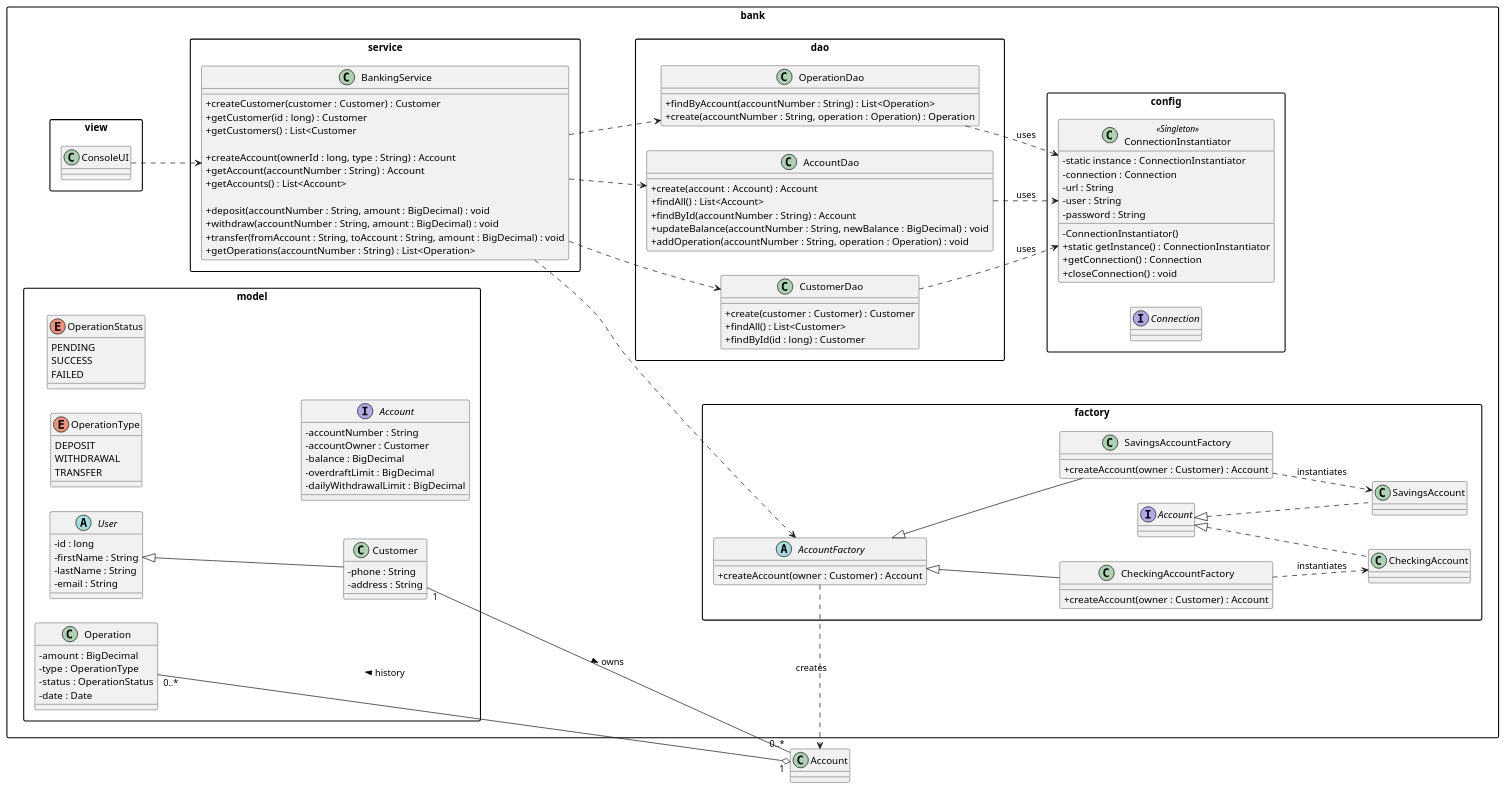
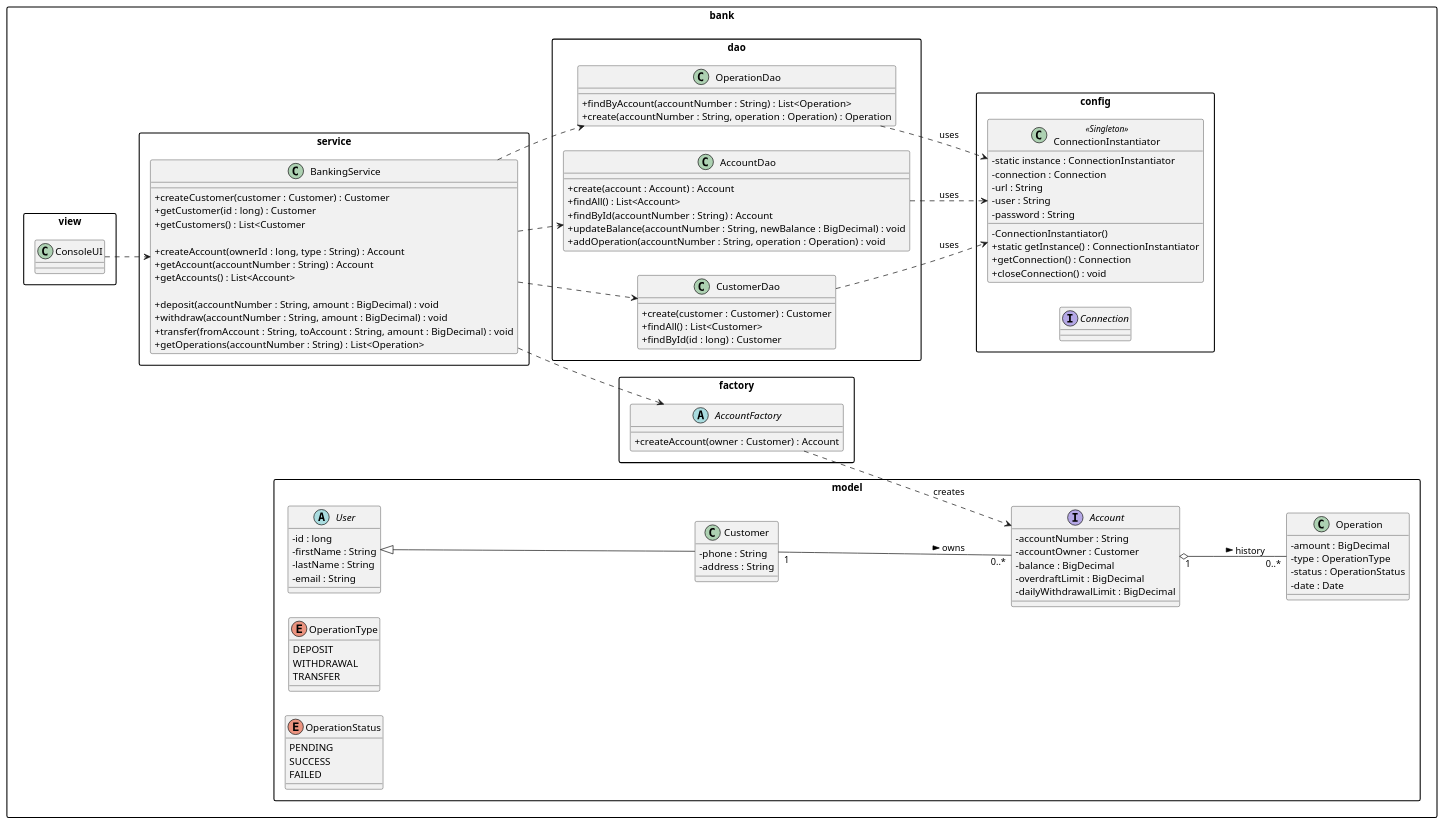
Before and after one commit to remicampistron512/tp-bank2: the diagram in uml/classes.puml, drawn with PlantUML.

Commit message:
Maj du diagramme de classes pour correspondre plus à la correction

```diff
--- a/uml/classes.puml
+++ b/uml/classes.puml
@@ -1,159 +1,148 @@
 @startuml
 left to right direction
 skinparam packageStyle rectangle
 skinparam classAttributeIconSize 0
 
 ' =========================
 ' CLEANED + CORRECTED MODEL
 ' =========================
 
 package "bank.config" {
 
   class ConnectionInstantiator <<Singleton>> {
     - static instance : ConnectionInstantiator
     - connection : Connection
     - url : String
     - user : String
     - password : String
 
     - ConnectionInstantiator()
     + static getInstance() : ConnectionInstantiator
     + getConnection() : Connection
     + closeConnection() : void
   }
 
   interface Connection
 }
 
 package "bank.factory" {
 
   abstract class AccountFactory {
     + createAccount(owner : Customer) : Account
   }
 
-  class SavingsAccountFactory extends AccountFactory {
-    + createAccount(owner : Customer) : Account
-  }
 
-  class CheckingAccountFactory extends AccountFactory {
-    + createAccount(owner : Customer) : Account
-  }
-
-  class CheckingAccount implements Account
-  class SavingsAccount implements Account
 }
 
 package "bank.dao" {
 
   class CustomerDao {
     + create(customer : Customer) : Customer
     + findAll() : List<Customer>
     + findById(id : long) : Customer
   }
 
   class AccountDao {
     + create(account : Account) : Account
     + findAll() : List<Account>
     + findById(accountNumber : String) : Account
     + updateBalance(accountNumber : String, newBalance : BigDecimal) : void
     + addOperation(accountNumber : String, operation : Operation) : void
   }
 
   class OperationDao {
     + findByAccount(accountNumber : String) : List<Operation>
     + create(accountNumber : String, operation : Operation) : Operation
   }
 }
 
 package "bank.service" {
 
   class BankingService {
     + createCustomer(customer : Customer) : Customer
     + getCustomer(id : long) : Customer
     + getCustomers() : List<Customer
 
     + createAccount(ownerId : long, type : String) : Account
     + getAccount(accountNumber : String) : Account
     + getAccounts() : List<Account>
 
     + deposit(accountNumber : String, amount : BigDecimal) : void
     + withdraw(accountNumber : String, amount : BigDecimal) : void
     + transfer(fromAccount : String, toAccount : String, amount : BigDecimal) : void
     + getOperations(accountNumber : String) : List<Operation>
   }
 }
 
 package "bank.view" {
   class ConsoleUI
 }
 
 package "bank.model" {
 
   abstract class User {
     - id : long
     - firstName : String
     - lastName : String
     - email : String
   }
 
   class Customer extends User {
     - phone : String
     - address : String
   }
 
   enum OperationType {
     DEPOSIT
     WITHDRAWAL
     TRANSFER
   }
 
   enum OperationStatus {
     PENDING
     SUCCESS
     FAILED
   }
 
   class Operation {
     - amount : BigDecimal
     - type : OperationType
     - status : OperationStatus
     - date : Date
   }
 
   interface Account {
     - accountNumber : String
     - accountOwner : Customer
     - balance : BigDecimal
     - overdraftLimit : BigDecimal
     - dailyWithdrawalLimit : BigDecimal
   }
 }
 
 ' =========================
 ' Associations / Dependencies
 ' =========================
 
 ' Ownership + history
 Customer "1" -- "0..*" Account : owns >
 Account  "1" o-- "0..*" Operation : history >
 
 ' Factories
 AccountFactory ..> Account : creates
-SavingsAccountFactory ..> SavingsAccount : instantiates
-CheckingAccountFactory ..> CheckingAccount : instantiates
 
 ' DAOs use DB connection
 CustomerDao ..> ConnectionInstantiator : uses
 AccountDao  ..> ConnectionInstantiator : uses
 OperationDao ..> ConnectionInstantiator : uses
 
 ' Service uses DAOs + factories
 BankingService ..> CustomerDao
 BankingService ..> AccountDao
 BankingService ..> OperationDao
 BankingService ..> AccountFactory
 
 ' UI uses service
 ConsoleUI ..> BankingService
 
 @enduml
```
